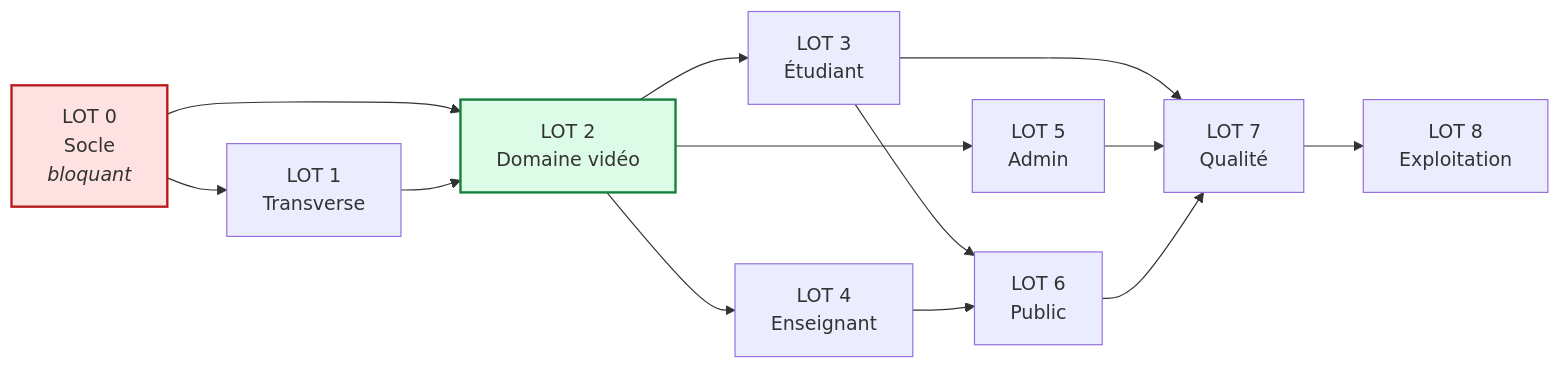
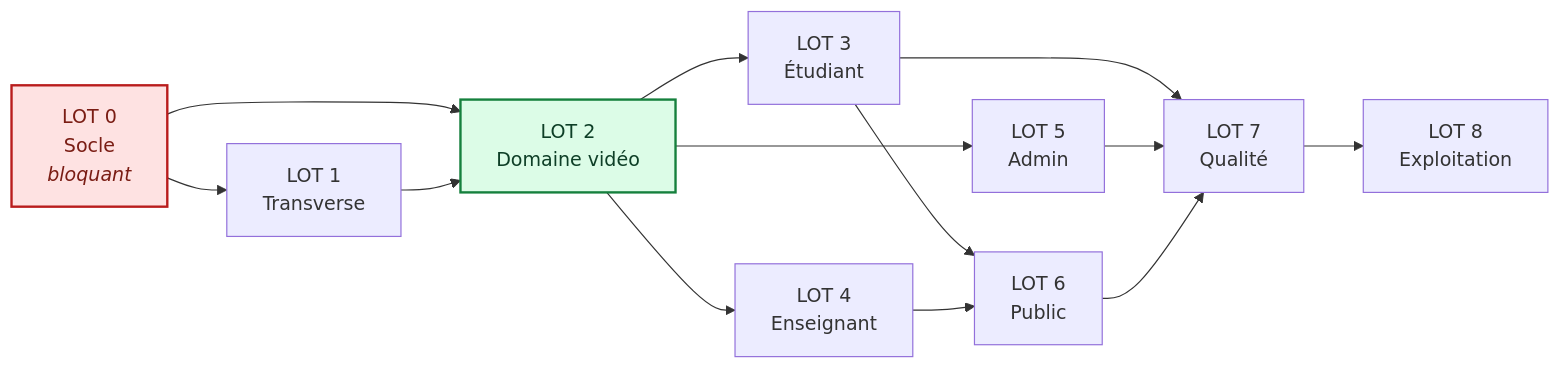
Before and after one commit to beaudelaire1/iteag: the diagram in docs/plan/plan-finalisation.md, drawn with Mermaid. The commit also changed 1 other file, not shown here.

First paragraph of the commit message:
docs(uml): corriger la lisibilité des diagrammes en thème sombre
Les planches étaient illisibles pour une partie des lecteurs. Deux causes,
toutes deux liées à la couleur du texte, jamais fixée explicitement.

````diff
--- a/docs/plan/plan-finalisation.md
+++ b/docs/plan/plan-finalisation.md
@@ -173,20 +173,20 @@
 ```mermaid
 graph LR
     L0["LOT 0<br/>Socle<br/><i>bloquant</i>"] --> L1["LOT 1<br/>Transverse"]
     L0 --> L2["LOT 2<br/>Domaine vidéo"]
     L1 --> L2
     L2 --> L3["LOT 3<br/>Étudiant"]
     L2 --> L4["LOT 4<br/>Enseignant"]
     L2 --> L5["LOT 5<br/>Admin"]
     L3 --> L6["LOT 6<br/>Public"]
     L4 --> L6
     L3 --> L7["LOT 7<br/>Qualité"]
     L5 --> L7
     L6 --> L7
     L7 --> L8["LOT 8<br/>Exploitation"]
 
-    classDef bloquant fill:#FEE2E2,stroke:#B91C1C,stroke-width:2px
-    classDef coeur fill:#DCFCE7,stroke:#15803D,stroke-width:2px
+    classDef bloquant fill:#FEE2E2,stroke:#B91C1C,stroke-width:2px,color:#7A1D14
+    classDef coeur fill:#DCFCE7,stroke:#15803D,stroke-width:2px,color:#0E3F27
     class L0 bloquant
     class L2 coeur
 ```
````
